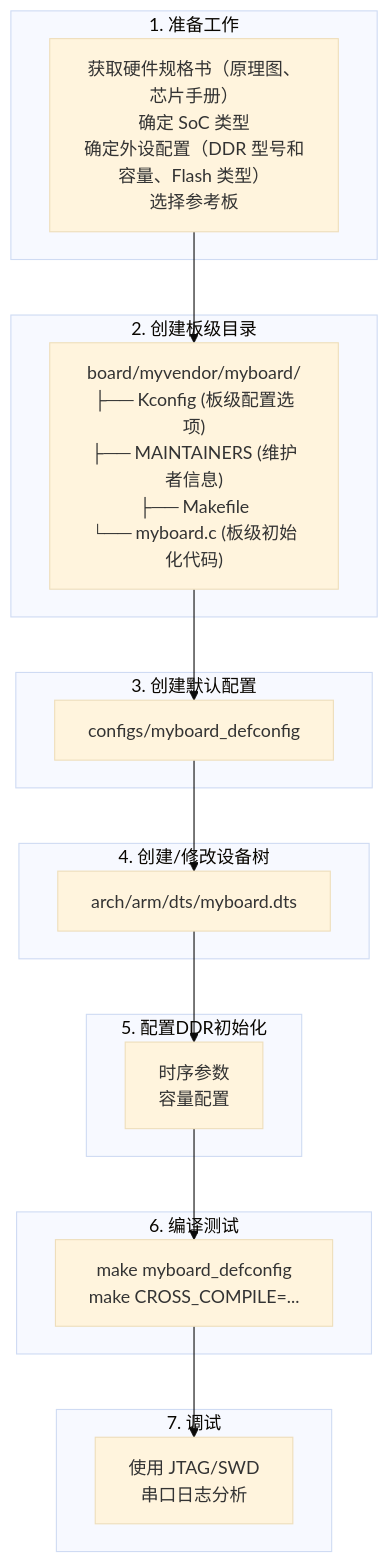
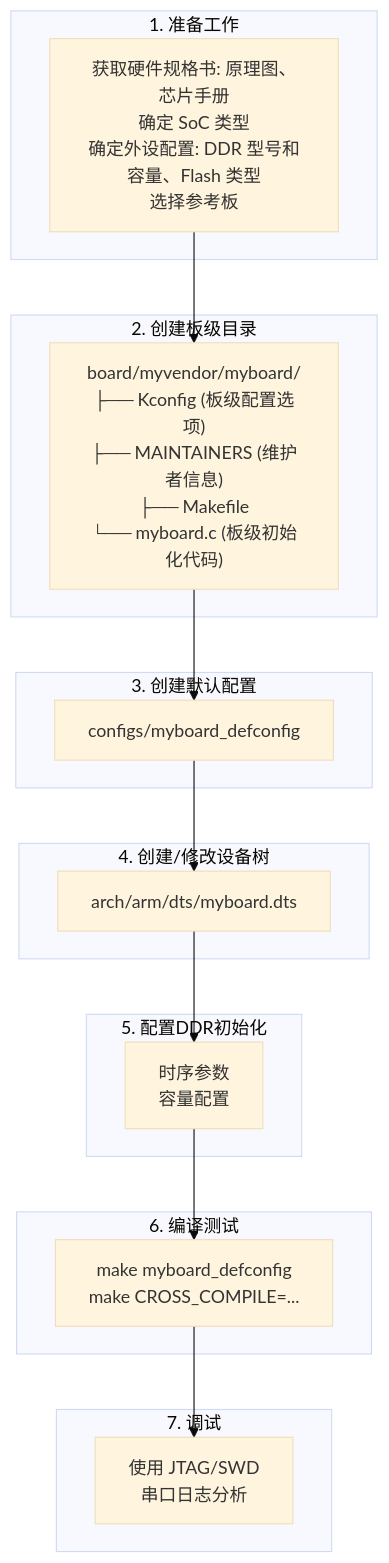
Before and after one commit to jpixy/jpixy.github.io: the fifth of 8 diagrams in content/articles/embedded/embedded-20-U-Boot与Bootloader详解.md, drawn with Mermaid (base theme). The commit also changed 66 other files, not shown here.

Commit message:
fix: resolve Mermaid syntax errors by removing parentheses in node labels

````diff
--- a/content/articles/embedded/embedded-20-U-Boot与Bootloader详解.md
+++ b/content/articles/embedded/embedded-20-U-Boot与Bootloader详解.md
@@ -484,32 +484,32 @@
 ```mermaid
 graph TB
     subgraph 1. 准备工作
-        P1["获取硬件规格书（原理图、芯片手册）<br/>确定 SoC 类型<br/>确定外设配置（DDR 型号和容量、Flash 类型）<br/>选择参考板"]
+        P1["获取硬件规格书: 原理图、芯片手册<br/>确定 SoC 类型<br/>确定外设配置: DDR 型号和容量、Flash 类型<br/>选择参考板"]
     end
     
     subgraph 2. 创建板级目录
         P2["board/myvendor/myboard/<br/>├── Kconfig (板级配置选项)<br/>├── MAINTAINERS (维护者信息)<br/>├── Makefile<br/>└── myboard.c (板级初始化代码)"]
     end
     
     subgraph 3. 创建默认配置
         P3["configs/myboard_defconfig"]
     end
     
     subgraph 4. 创建/修改设备树
         P4["arch/arm/dts/myboard.dts"]
     end
     
     subgraph 5. 配置DDR初始化
         P5["时序参数<br/>容量配置"]
     end
     
     subgraph 6. 编译测试
         P6["make myboard_defconfig<br/>make CROSS_COMPILE=..."]
     end
     
     subgraph 7. 调试
         P7["使用 JTAG/SWD<br/>串口日志分析"]
     end
     
     P1 --> P2 --> P3 --> P4 --> P5 --> P6 --> P7
 ```
````
